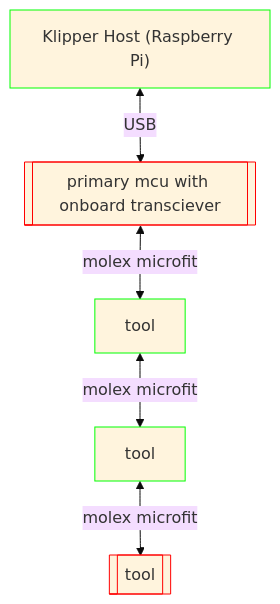
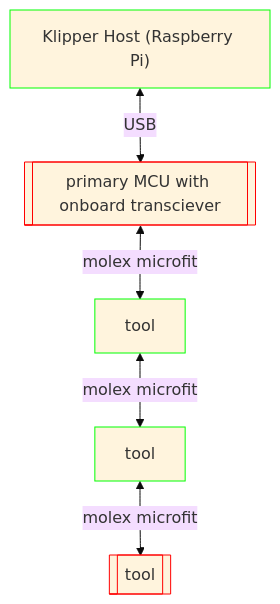
Before and after one commit to willpuckett/kb_can: the seventh of 8 diagrams in can.md, drawn with Mermaid (base theme). The commit also changed other lines of this file, not shown here.

Commit message:
include termination in diagrams

````diff
--- a/can.md
+++ b/can.md
@@ -343,15 +321,15 @@
 ```mermaid
 graph TD;
     classDef term stroke:#f00
     classDef can stroke:#0f0
     classDef nc stroke:#00f
 
-    sbc["Klipper Host (Raspberry Pi)"]:::can
+    SBC["Klipper Host (Raspberry Pi)"]:::can
     t0[tool]:::can
     t1[tool]:::can
     t2[[tool]]:::term
-    primary[["primary mcu with onboard transciever"]]:::term
+    primary[["primary MCU with onboard transciever"]]:::term
 
-    sbc <--USB--> primary <--molex microfit--> t0 
+    SBC <--USB--> primary <--molex microfit--> t0 
     t0 <--molex microfit--> t1 <--molex microfit--> t2
 ```
````
